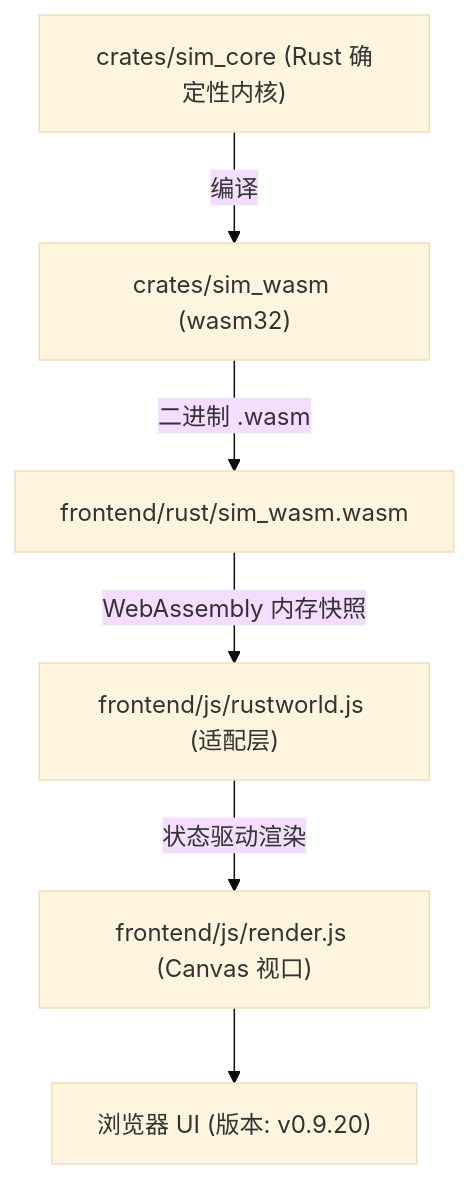
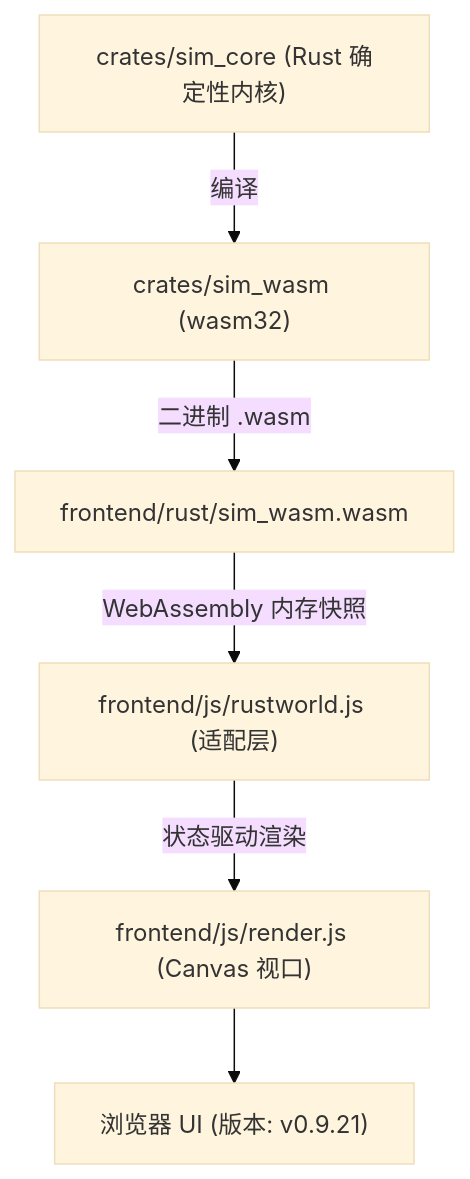
The diagram in AGENTS.md (g39088902/FlowAndAccord), drawn with Mermaid (base theme) before and after one commit. The commit also changed other lines of this file and 7 other files, not shown here.

````diff
--- a/AGENTS.md
+++ b/AGENTS.md
@@ -28,8 +28,8 @@
 ```mermaid
 graph TD
     A["crates/sim_core (Rust 确定性内核)"] -->|编译| B["crates/sim_wasm (wasm32)"]
     B -->|二进制 .wasm| C["frontend/rust/sim_wasm.wasm"]
     C -->|WebAssembly 内存快照| D["frontend/js/rustworld.js (适配层)"]
     D -->|状态驱动渲染| E["frontend/js/render.js (Canvas 视口)"]
-    E --> F["浏览器 UI (版本: v0.9.20)"]
+    E --> F["浏览器 UI (版本: v0.9.21)"]
 ```
````
